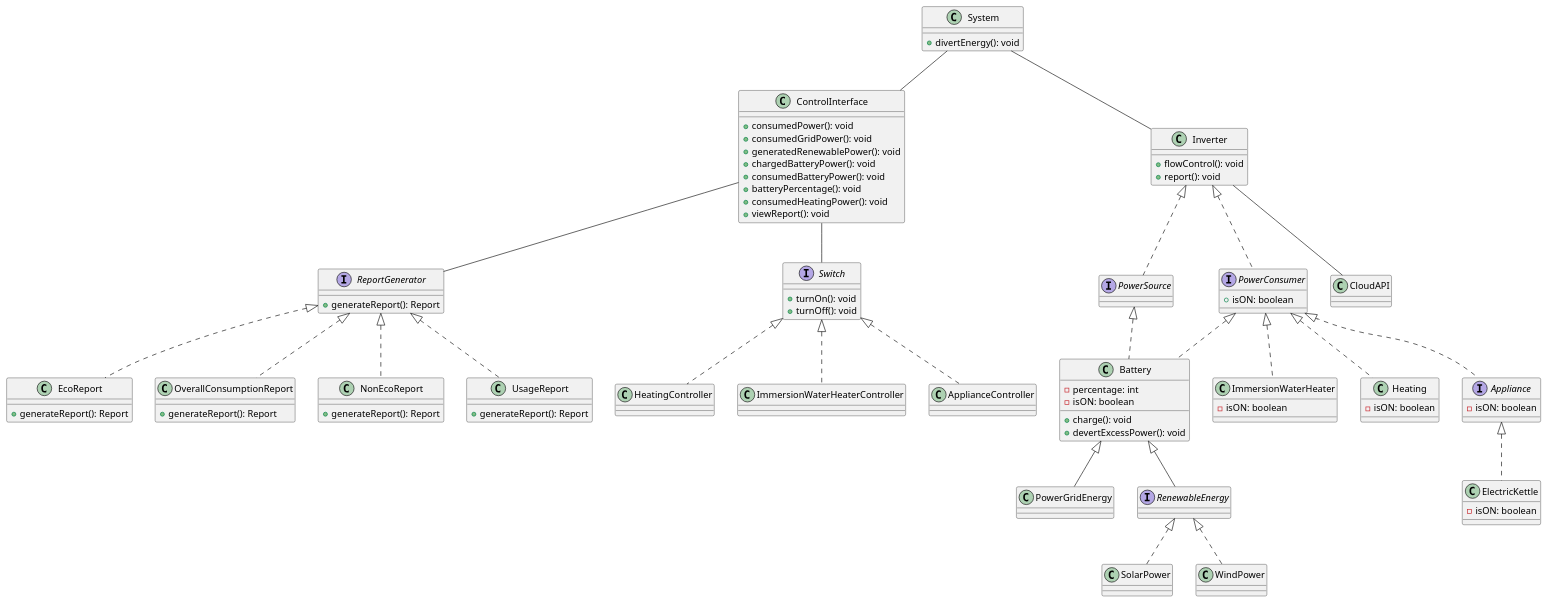
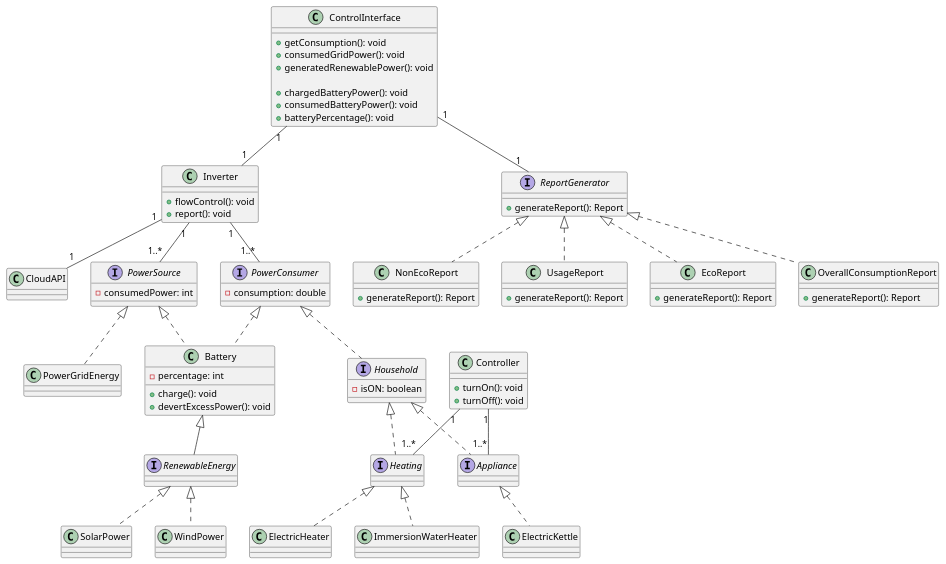
Before and after one commit to yudai-yam/204-Design-and-Architecture: the diagram in Year2/204. Software Design/Coursework/UML.plantUML, drawn with PlantUML. The commit also changed 4 other files, not shown here.

```diff
--- a/Year2/204. Software Design/Coursework/UML.plantUML
+++ b/Year2/204. Software Design/Coursework/UML.plantUML
@@ -1,156 +1,161 @@
 @startuml Power Manager
 
-class System{
-    + divertEnergy(): void
-}
 
 class ControlInterface{
-    + consumedPower(): void
+    + getConsumption(): void
     + consumedGridPower(): void
     + generatedRenewablePower(): void
+
     + chargedBatteryPower(): void
-    + consumedBatteryPower(): void 
+    + consumedBatteryPower(): void
     + batteryPercentage(): void
-    + consumedHeatingPower(): void
-    + viewReport(): void
+
+    /'+ heatingControl(): void
+    + applianceControl(): void'/
 }
 
 class PowerGridEnergy{
-
+    
 }
 
 
 interface RenewableEnergy{
 
 }
 
 class SolarPower{
 
 }
 
 class WindPower{
 
 }
 
 
 class Battery{
     - percentage: int
-    - isON: boolean
 
     + charge(): void
     + devertExcessPower(): void
 }
 
 interface PowerSource{
-
+    - consumedPower: int
 }
 
 interface PowerConsumer{
-    + isON: boolean
+    - consumption: double
 }
 
 class Inverter{
     + flowControl(): void
     + report(): void
 }
 
 class CloudAPI{
 
 }
 
-class ImmersionWaterHeater{
-    - isON: boolean
+interface Household{
+  - isON: boolean
 }
 
-class Heating{
-    - isON: boolean
+class ImmersionWaterHeater{
+}
+
+interface Heating{
 }
 
 interface Appliance{
-    - isON: boolean
 }
 
 class ElectricKettle{
-    - isON: boolean
+}
+
+class ElectricHeater{
+
 }
 
 
 
 interface ReportGenerator{
     + generateReport(): Report
 }
 
 class EcoReport {
     + generateReport(): Report
 }
 
 class OverallConsumptionReport{
     + generateReport(): Report
 }
 
 class NonEcoReport {
     + generateReport(): Report
 }
 
 class UsageReport{
     + generateReport(): Report
 }
 
 
-interface Switch{
+class Controller{
     + turnOn(): void
     + turnOff(): void
-}
+} 
 
-class HeatingController{
+/' class HeatingController{
 
 }
 
 class ImmersionWaterHeaterController{
 
 }
 
 class ApplianceController{
 
-}
+} '/
  
 
 
-System -- ControlInterface
-System -- Inverter
+ControlInterface "1"--"1" Inverter
 
 Battery <|-- RenewableEnergy
-Battery <|-- PowerGridEnergy
+PowerSource <|.. PowerGridEnergy
 
 RenewableEnergy <|.. SolarPower
 RenewableEnergy <|.. WindPower
 
 Appliance <|.. ElectricKettle
 
 PowerSource <|.. Battery
 
 PowerConsumer <|.. Battery
-PowerConsumer <|.. Appliance
-PowerConsumer <|.. ImmersionWaterHeater
-PowerConsumer <|.. Heating
 
 
-Inverter -- CloudAPI
-Inverter <|.. PowerSource
-Inverter <|.. PowerConsumer
+Inverter "1"--"1" CloudAPI
+Inverter "1"--"1..*" PowerSource
+Inverter "1"--"1..*" PowerConsumer
 
 
 ReportGenerator <|.. EcoReport
 ReportGenerator <|.. NonEcoReport
 ReportGenerator <|.. OverallConsumptionReport
 ReportGenerator <|.. UsageReport
 
-Switch <|.. HeatingController
-Switch <|.. ImmersionWaterHeaterController
-Switch <|.. ApplianceController
-
-ControlInterface -- Switch
-ControlInterface -- ReportGenerator
+Controller "1"--"1..*" Heating
+Controller "1"--"1..*" Appliance
 
 
+ControlInterface "1"--"1" ReportGenerator
+
+Household <|.. Heating
+Household <|.. Appliance
+
+Heating <|.. ImmersionWaterHeater
+Heating <|.. ElectricHeater
+
+
+PowerConsumer <|.. Household
+
 @enduml
```
